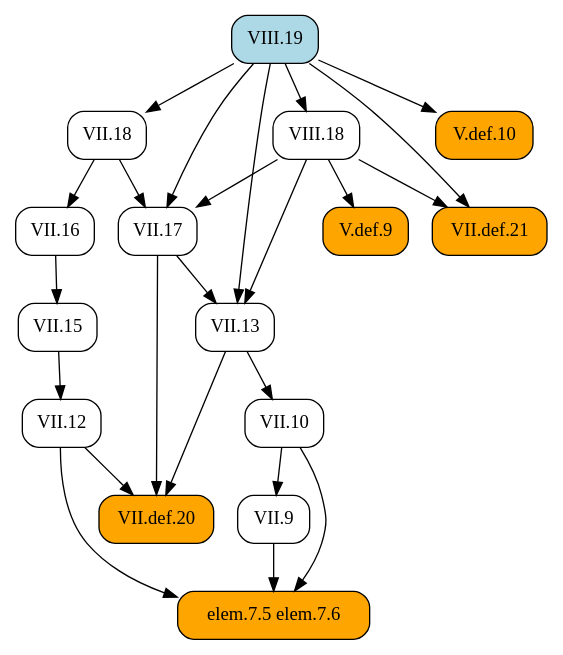
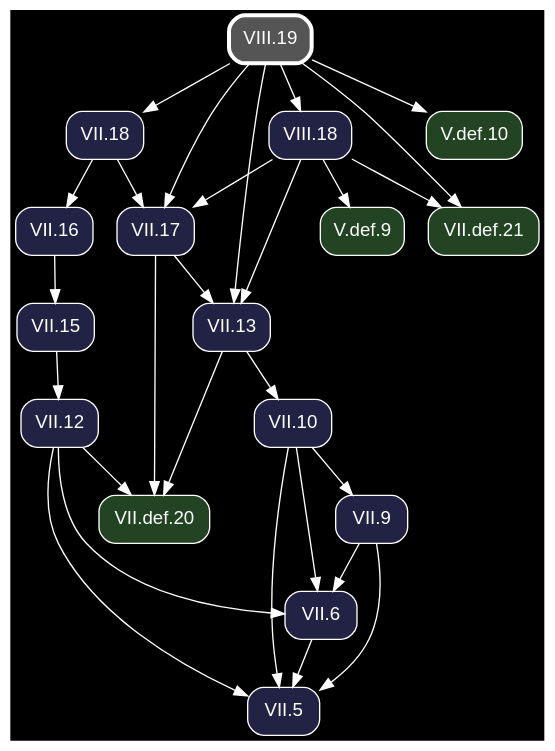
Before and after one commit to geometor/elements: the diagram in docsrc/heath/VIII/19/index.rst, drawn with Graphviz. The commit also changed other lines of this file and 1200 other files, not shown here.

Commit message:
update dependency graphs

```diff
--- a/docsrc/heath/VIII/19/index.rst
+++ b/docsrc/heath/VIII/19/index.rst
@@ -98,44 +98,51 @@
 .. graphviz::
 
    digraph {
+     bgcolor="black";
+     node [shape=box, style="rounded,filled", fontname="Helvetica", color="white", fontcolor="white"];
+     edge [color="white", fontcolor="white"];
      rankdir="TB";
-     node [shape=box, style=rounded];
-     "VII.13" [URL="/heath/VII/13/", target="_top"];
-     "VIII.18" [URL="/heath/VIII/18/", target="_top"];
-     "VII.12" [URL="/heath/VII/12/", target="_top"];
-     "elem.7.5 elem.7.6" [style="rounded,filled", fillcolor=orange];
-     "VII.9" [URL="/heath/VII/9/", target="_top"];
-     "V.def.9" [style="rounded,filled", fillcolor=orange, URL="/heath/V/def.9/", target="_top"];
-     "VII.18" [URL="/heath/VII/18/", target="_top"];
-     "VII.def.20" [style="rounded,filled", fillcolor=orange, URL="/heath/VII/def.20/", target="_top"];
-     "VII.16" [URL="/heath/VII/16/", target="_top"];
-     "VIII.19" [style="rounded,filled", fillcolor=lightblue, URL="/heath/VIII/19/", target="_top"];
-     "VII.17" [URL="/heath/VII/17/", target="_top"];
-     "VII.def.21" [style="rounded,filled", fillcolor=orange, URL="/heath/VII/def.21/", target="_top"];
-     "V.def.10" [style="rounded,filled", fillcolor=orange, URL="/heath/V/def.10/", target="_top"];
-     "VII.15" [URL="/heath/VII/15/", target="_top"];
-     "VII.10" [URL="/heath/VII/10/", target="_top"];
+     "VII.13" [fillcolor="#222244", URL="/heath/VII/13/", target="_top"];
+     "VII.10" [fillcolor="#222244", URL="/heath/VII/10/", target="_top"];
+     "V.def.9" [fillcolor="#224422", URL="/heath/V/def.9/", target="_top"];
+     "VII.18" [fillcolor="#222244", URL="/heath/VII/18/", target="_top"];
+     "VIII.18" [fillcolor="#222244", URL="/heath/VIII/18/", target="_top"];
+     "VIII.19" [penwidth=3, color="white", fillcolor="#555555", URL="/heath/VIII/19/", target="_top"];
+     "V.def.10" [fillcolor="#224422", URL="/heath/V/def.10/", target="_top"];
+     "VII.def.21" [fillcolor="#224422", URL="/heath/VII/def.21/", target="_top"];
+     "VII.5" [fillcolor="#222244", URL="/heath/VII/5/", target="_top"];
+     "VII.def.20" [fillcolor="#224422", URL="/heath/VII/def.20/", target="_top"];
+     "VII.9" [fillcolor="#222244", URL="/heath/VII/9/", target="_top"];
+     "VII.12" [fillcolor="#222244", URL="/heath/VII/12/", target="_top"];
+     "VII.16" [fillcolor="#222244", URL="/heath/VII/16/", target="_top"];
+     "VII.17" [fillcolor="#222244", URL="/heath/VII/17/", target="_top"];
+     "VII.15" [fillcolor="#222244", URL="/heath/VII/15/", target="_top"];
+     "VII.6" [fillcolor="#222244", URL="/heath/VII/6/", target="_top"];
      "VII.17" -> "VII.13";
      "VIII.18" -> "VII.13";
      "VIII.19" -> "VII.13";
-     "VIII.19" -> "VIII.18";
-     "VII.15" -> "VII.12";
-     "VII.9" -> "elem.7.5 elem.7.6";
-     "VII.10" -> "elem.7.5 elem.7.6";
-     "VII.12" -> "elem.7.5 elem.7.6";
-     "VII.10" -> "VII.9";
+     "VII.13" -> "VII.10";
      "VIII.18" -> "V.def.9";
      "VIII.19" -> "VII.18";
+     "VIII.19" -> "VIII.18";
+     "VIII.19" -> "V.def.10";
+     "VIII.18" -> "VII.def.21";
+     "VIII.19" -> "VII.def.21";
+     "VII.6" -> "VII.5";
+     "VII.9" -> "VII.5";
+     "VII.10" -> "VII.5";
+     "VII.12" -> "VII.5";
      "VII.12" -> "VII.def.20";
      "VII.13" -> "VII.def.20";
      "VII.17" -> "VII.def.20";
+     "VII.10" -> "VII.9";
+     "VII.15" -> "VII.12";
      "VII.18" -> "VII.16";
      "VII.18" -> "VII.17";
      "VIII.18" -> "VII.17";
      "VIII.19" -> "VII.17";
-     "VIII.18" -> "VII.def.21";
-     "VIII.19" -> "VII.def.21";
-     "VIII.19" -> "V.def.10";
      "VII.16" -> "VII.15";
-     "VII.13" -> "VII.10";
+     "VII.9" -> "VII.6";
+     "VII.10" -> "VII.6";
+     "VII.12" -> "VII.6";
    }
```
